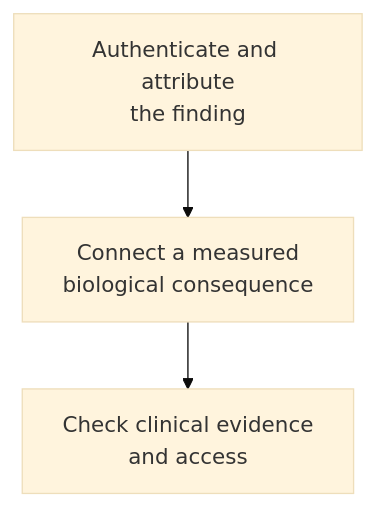
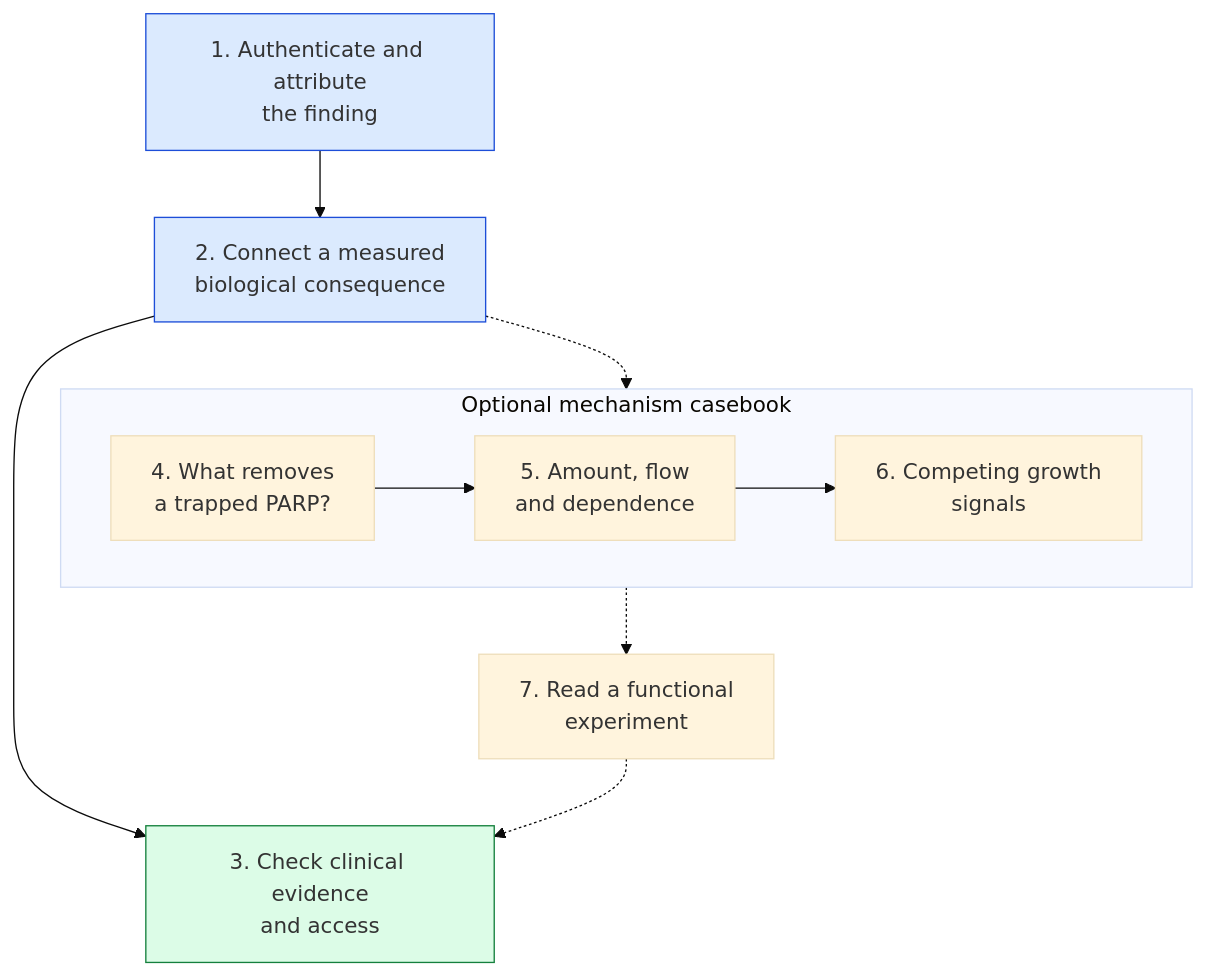
One commit to jasonLaster/oncoguide changed the diagram in wiki/education/guides/from-variant-to-drug/index.md. Above: the diagram before and after it, drawn with Mermaid (base theme). The commit also changed other lines of this file and 322 other files, not shown here.

````diff
--- a/wiki/education/guides/from-variant-to-drug/index.md
+++ b/wiki/education/guides/from-variant-to-drug/index.md
@@ -34,5 +34,15 @@
 ```mermaid
 flowchart TD
- A["Authenticate and attribute<br/>the finding"] --> B["Connect a measured<br/>biological consequence"]
- B --> C["Check clinical evidence<br/>and access"]
+ A["1. Authenticate and attribute<br/>the finding"] --> B["2. Connect a measured<br/>biological consequence"]
+ B --> C["3. Check clinical evidence<br/>and access"]
+ B -.-> D
+ subgraph D["Optional mechanism casebook"]
+  D4["4. What removes<br/>a trapped PARP?"] --> D5["5. Amount, flow<br/>and dependence"]
+  D5 --> D6["6. Competing growth<br/>signals"]
+ end
+ D -.-> E["7. Read a functional<br/>experiment"]
+ E -.-> C
+ style A fill:#dbeafe,stroke:#1d4ed8
+ style B fill:#dbeafe,stroke:#1d4ed8
+ style C fill:#dcfce7,stroke:#15803d
 ```
````
